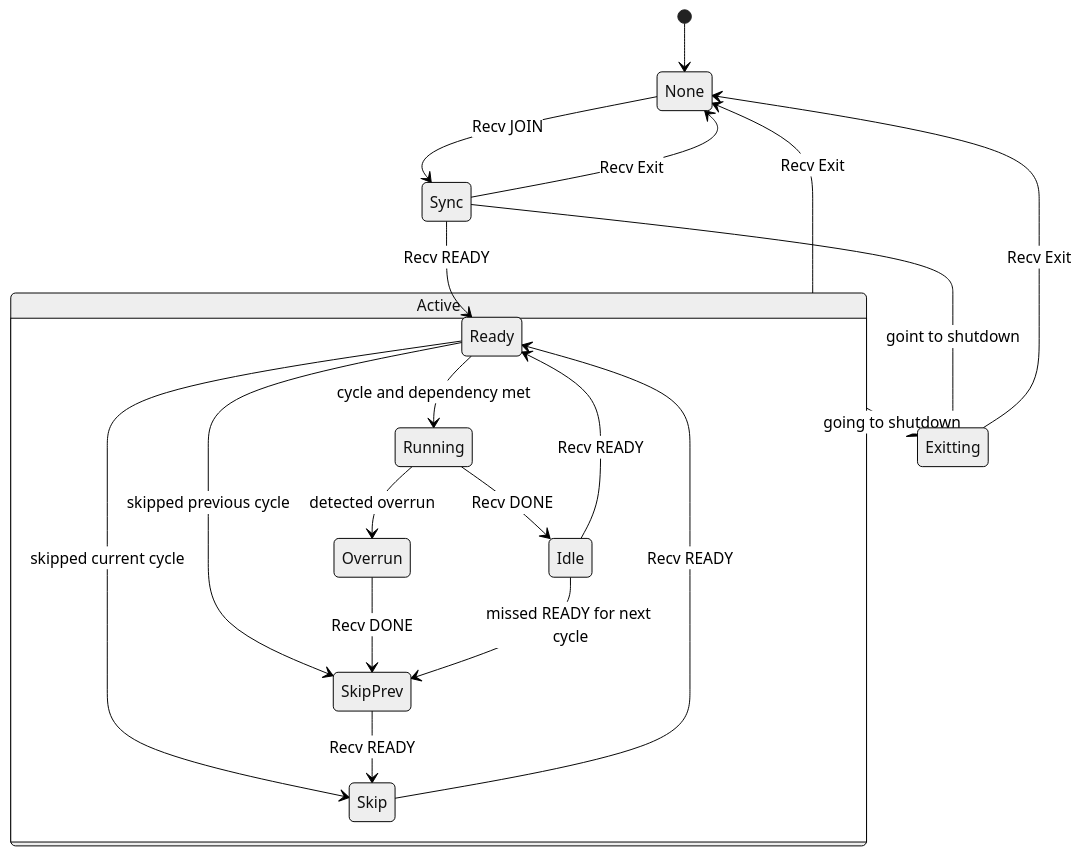
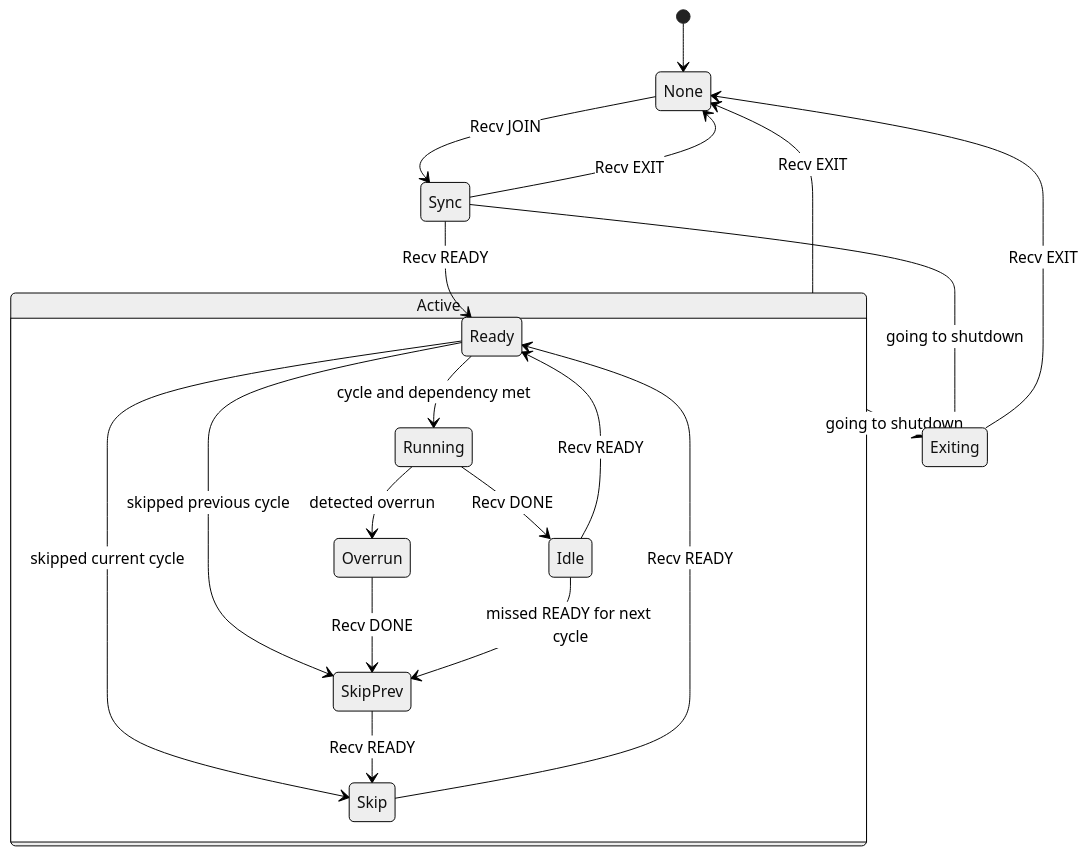
Before and after one commit to nao-kawano/ritsu-scheduler: the second of 2 diagrams in docs/state-management.md, drawn with Mermaid (neutral theme). The commit also changed other lines of this file and 1 other file, not shown here.

Commit message:
docs: fix typo

````diff
--- a/docs/state-management.md
+++ b/docs/state-management.md
@@ -47,29 +47,29 @@
 ```mermaid
 stateDiagram-v2
     [*] --> None
     None --> Sync : Recv JOIN
     Sync --> Ready : Recv READY
 
-    Sync --> None : Recv Exit
-    Sync --> Exitting : goint to shutdown
-    Active --> Exitting : going to shutdown
-    Exitting --> None : Recv Exit
-    Active --> None : Recv Exit
+    Sync --> None : Recv EXIT
+    Sync --> Exiting : going to shutdown
+    Active --> Exiting : going to shutdown
+    Exiting --> None : Recv EXIT
+    Active --> None : Recv EXIT
 
     State Active {
         Ready --> Running : cycle and dependency met
         Running --> Idle : Recv DONE
         Idle --> Ready : Recv READY
 
         Ready --> Skip : skipped current cycle
         Ready --> SkipPrev : skipped previous cycle
 
         Running --> Overrun : detected overrun
         Overrun --> SkipPrev : Recv DONE
 
         SkipPrev --> Skip : Recv READY
         Skip --> Ready : Recv READY
 
         Idle --> SkipPrev : missed READY for next cycle
     }
 ```
````
